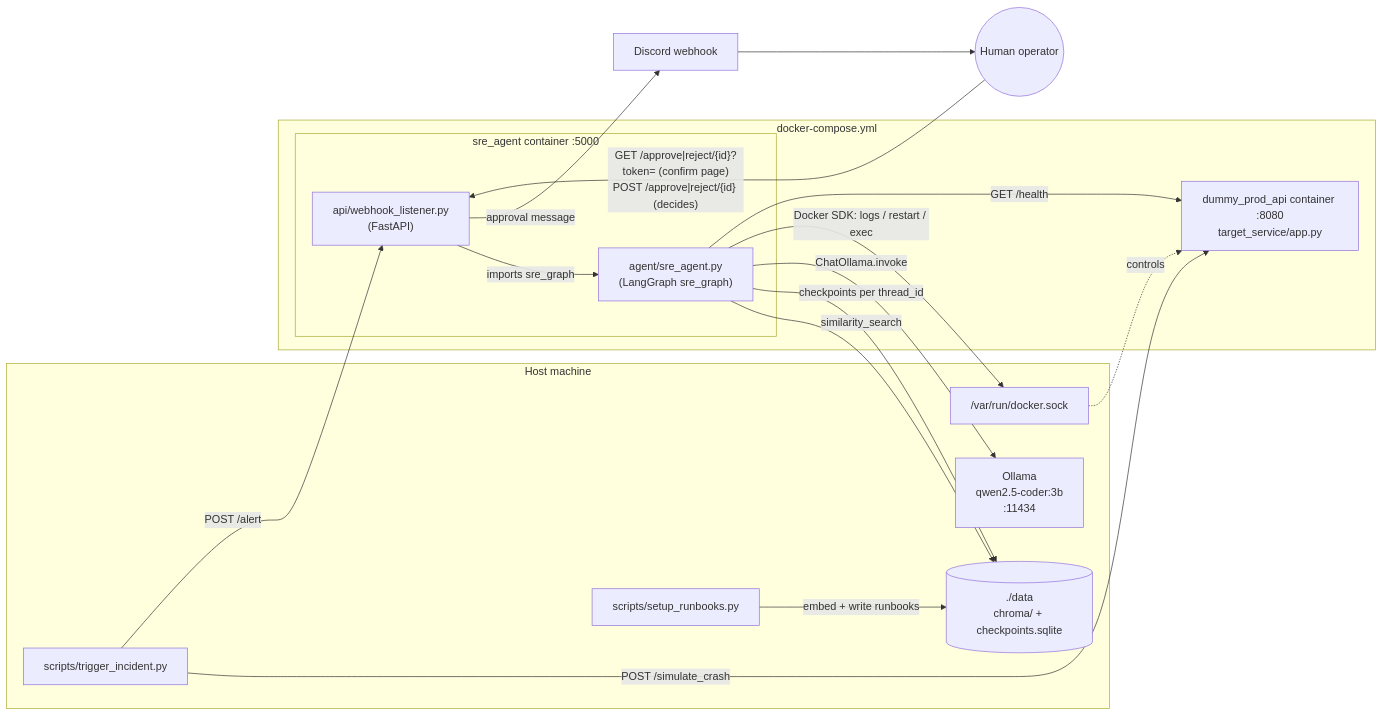
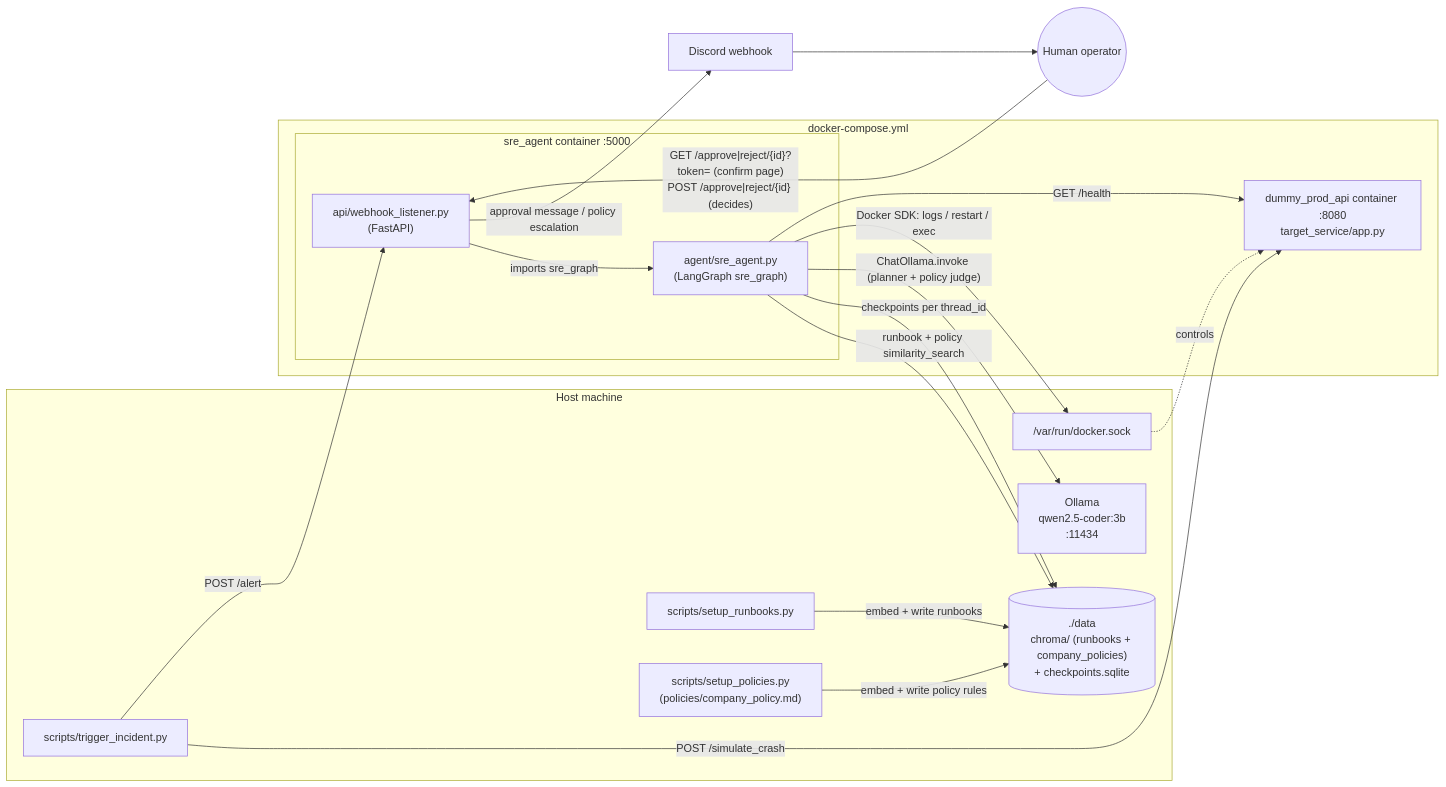
Before and after one commit to anaskhan7866/Autonomous-SRE-Agent: the first of 3 diagrams in docs/WORKFLOW.md, drawn with Mermaid. The commit also changed other lines of this file and 26 other files, not shown here.

First line of the commit message:
feat(policy): company-policy gate with allowlist, RAG judge and retry loop

````diff
--- a/docs/WORKFLOW.md
+++ b/docs/WORKFLOW.md
@@ -9,35 +9,37 @@
 ```mermaid
 flowchart LR
     subgraph Host["Host machine"]
         TRIG["scripts/trigger_incident.py"]
         SETUP["scripts/setup_runbooks.py"]
+        POLSETUP["scripts/setup_policies.py<br/>(policies/company_policy.md)"]
         OLLAMA["Ollama<br/>qwen2.5-coder:3b<br/>:11434"]
-        DATA[("./data<br/>chroma/ + checkpoints.sqlite")]
+        DATA[("./data<br/>chroma/ (runbooks + company_policies)<br/>+ checkpoints.sqlite")]
         SOCK["/var/run/docker.sock"]
     end
 
     subgraph Compose["docker-compose.yml"]
         subgraph SRE["sre_agent container :5000"]
             API["api/webhook_listener.py<br/>(FastAPI)"]
             GRAPH["agent/sre_agent.py<br/>(LangGraph sre_graph)"]
         end
         TARGET["dummy_prod_api container :8080<br/>target_service/app.py"]
     end
 
     DISCORD["Discord webhook"]
     HUMAN(("Human operator"))
 
     TRIG -- "POST /simulate_crash" --> TARGET
     TRIG -- "POST /alert" --> API
     SETUP -- "embed + write runbooks" --> DATA
+    POLSETUP -- "embed + write policy rules" --> DATA
     API -- "imports sre_graph" --> GRAPH
-    GRAPH -- "similarity_search" --> DATA
+    GRAPH -- "runbook + policy similarity_search" --> DATA
     GRAPH -- "checkpoints per thread_id" --> DATA
-    GRAPH -- "ChatOllama.invoke" --> OLLAMA
+    GRAPH -- "ChatOllama.invoke (planner + policy judge)" --> OLLAMA
     GRAPH -- "Docker SDK: logs / restart / exec" --> SOCK
     SOCK -.controls.-> TARGET
     GRAPH -- "GET /health" --> TARGET
-    API -- "approval message" --> DISCORD
+    API -- "approval message / policy escalation" --> DISCORD
     DISCORD --> HUMAN
     HUMAN -- "GET /approve|reject/{id}?token= (confirm page)<br/>POST /approve|reject/{id} (decides)" --> API
 ```
````
